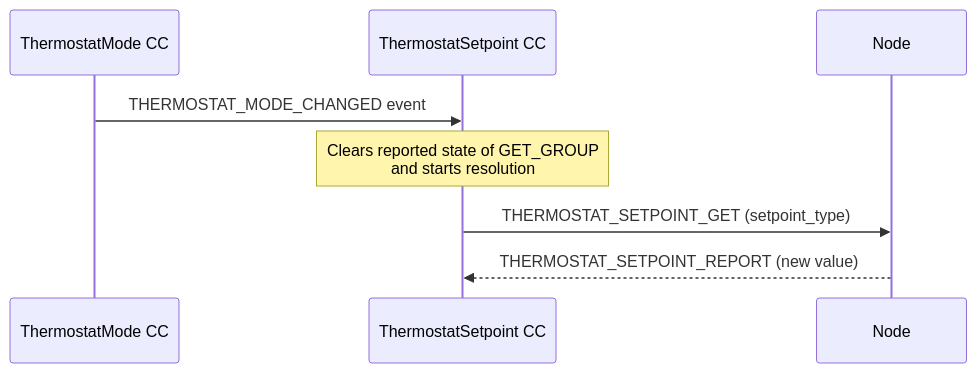
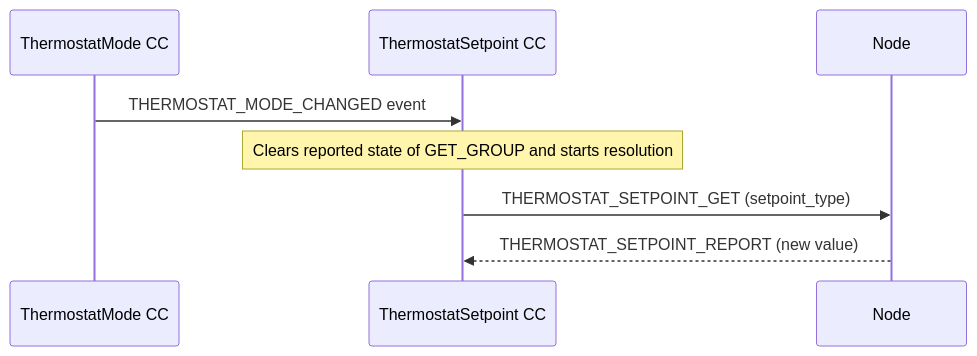
Before and after one commit to SiliconLabsSoftware/z-wave-protocol-controller: the second of 4 diagrams in components/command_classes/command_class_thermostat_setpoint/doc/sequence_diagrams.md, drawn with Mermaid. The commit also changed other lines of this file and 14 other files, not shown here.

First line of the commit message:
#100: Fix invalid mermaid diagrams and add CI checks (#104)

````diff
--- a/components/command_classes/command_class_thermostat_setpoint/doc/sequence_diagrams.md
+++ b/components/command_classes/command_class_thermostat_setpoint/doc/sequence_diagrams.md
@@ -23,11 +23,11 @@
 ```mermaid
 sequenceDiagram
     participant ThermostatMode CC
     participant ThermostatSetpoint CC
     participant Node
 
     ThermostatMode CC->>ThermostatSetpoint CC: THERMOSTAT_MODE_CHANGED event
-    Note over ThermostatSetpoint CC: Clears reported state of GET_GROUP<br/>and starts resolution
+    Note over ThermostatSetpoint CC: Clears reported state of GET_GROUP and starts resolution
     ThermostatSetpoint CC->>Node: THERMOSTAT_SETPOINT_GET (setpoint_type)
     Node-->>ThermostatSetpoint CC: THERMOSTAT_SETPOINT_REPORT (new value)
 ```
````
